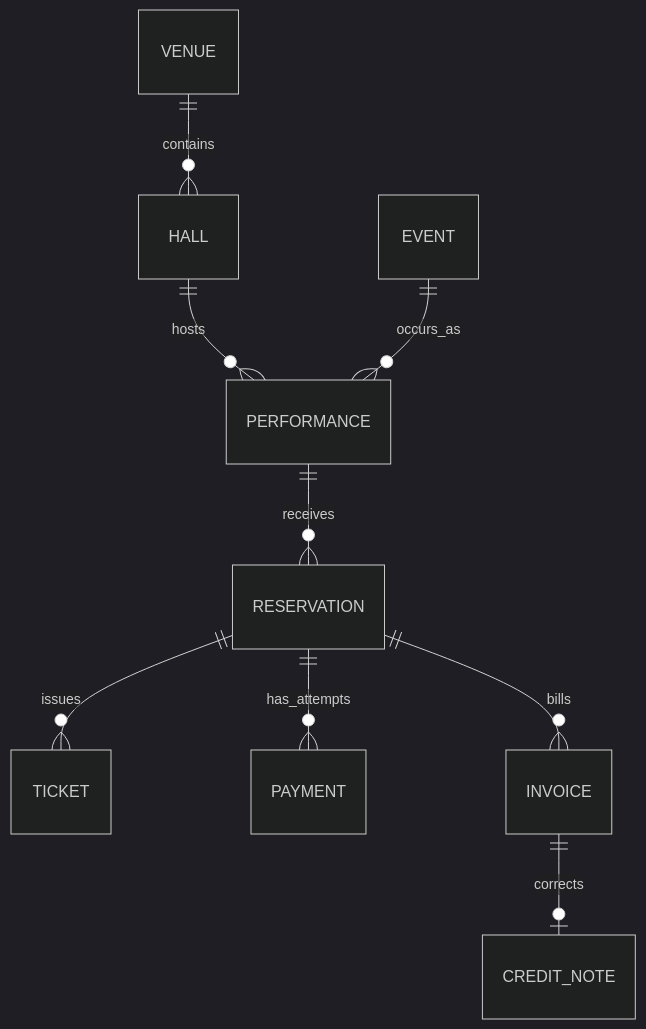
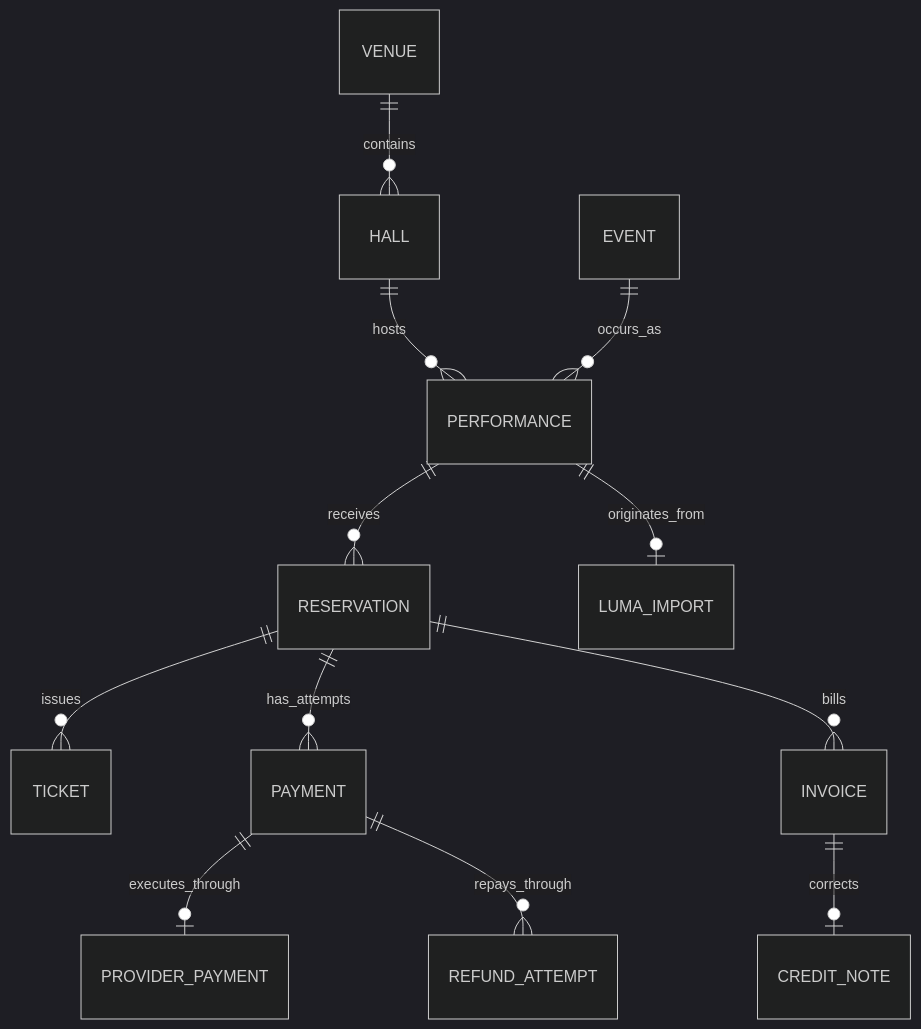
One commit to fluxzero-io/fluxzero-sample-ticketing changed the diagram in docs/model.md. Above: the diagram before and after it, drawn with Mermaid (dark theme). The commit also changed other lines of this file and 31 other files, not shown here.

First line of the commit message:
feat(integrations): add payment and event provider adapters

````diff
--- a/docs/model.md
+++ b/docs/model.md
@@ -3,11 +3,14 @@
 ```mermaid
 erDiagram
     VENUE ||--o{ HALL : contains
     HALL ||--o{ PERFORMANCE : hosts
     EVENT ||--o{ PERFORMANCE : occurs_as
     PERFORMANCE ||--o{ RESERVATION : receives
     RESERVATION ||--o{ TICKET : issues
     RESERVATION ||--o{ PAYMENT : has_attempts
     RESERVATION ||--o{ INVOICE : bills
     INVOICE ||--o| CREDIT_NOTE : corrects
+    PAYMENT ||--o| PROVIDER_PAYMENT : executes_through
+    PAYMENT ||--o{ REFUND_ATTEMPT : repays_through
+    PERFORMANCE ||--o| LUMA_IMPORT : originates_from
 ```
````
